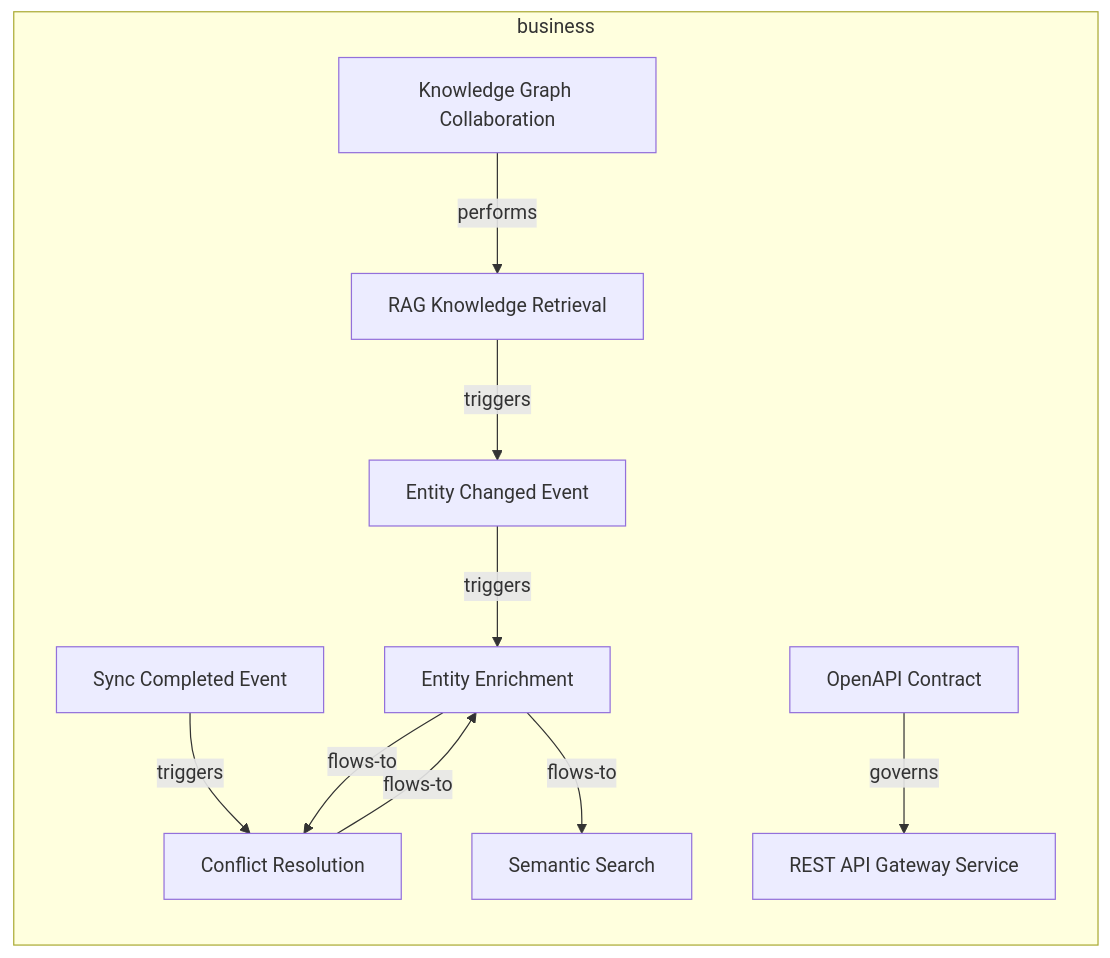
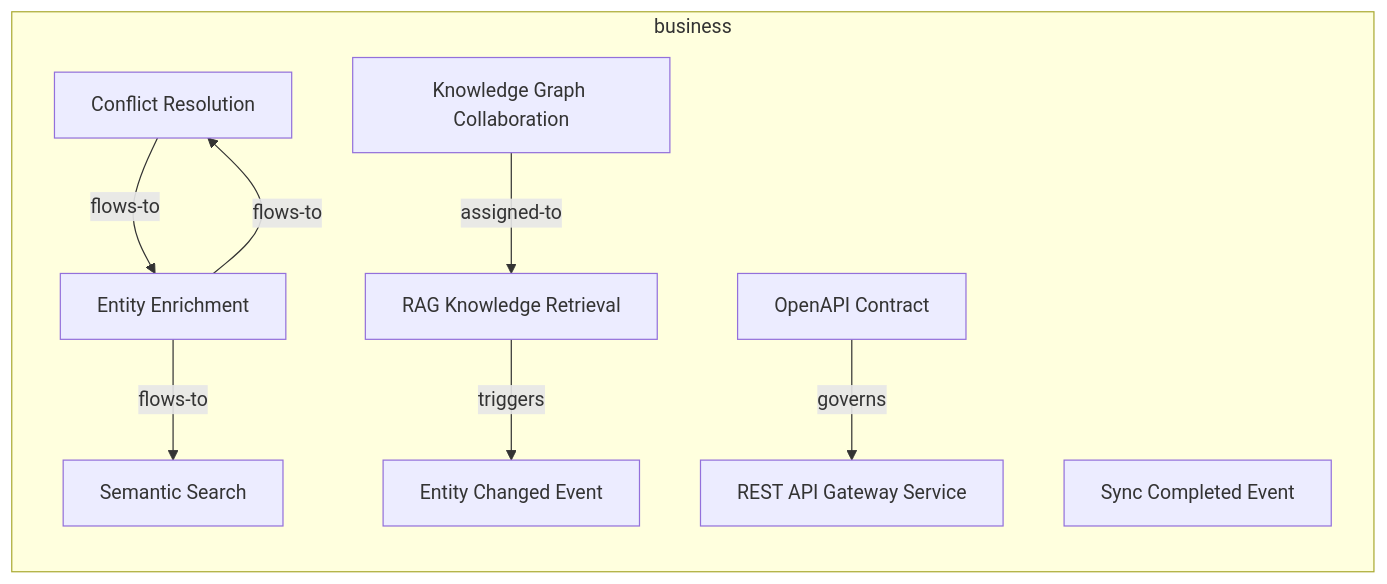
The first of 2 diagrams in documentation-robotics/reports/02-business-layer-report.md (tinkermonkey/context-studio), drawn with Mermaid before and after one commit. The commit also changed other lines of this file and 21 other files, not shown here.

````diff
--- a/documentation-robotics/reports/02-business-layer-report.md
+++ b/documentation-robotics/reports/02-business-layer-report.md
@@ -29,22 +31,20 @@
 ```mermaid
 flowchart LR
   subgraph business
     business_businesscollaboration_knowledge_graph_collaboration["Knowledge Graph Collaboration"]
     business_businessevent_entity_changed_event["Entity Changed Event"]
     business_businessevent_sync_completed_event["Sync Completed Event"]
     business_businessfunction_conflict_resolution["Conflict Resolution"]
     business_businessfunction_entity_enrichment["Entity Enrichment"]
     business_businessfunction_semantic_search["Semantic Search"]
     business_businessinteraction_rag_knowledge_retrieval["RAG Knowledge Retrieval"]
     business_businessservice_rest_api_gateway_service["REST API Gateway Service"]
     business_contract_open_api_contract["OpenAPI Contract"]
-    business_businesscollaboration_knowledge_graph_collaboration -->|performs| business_businessinteraction_rag_knowledge_retrieval
-    business_businessevent_entity_changed_event -->|triggers| business_businessfunction_entity_enrichment
-    business_businessevent_sync_completed_event -->|triggers| business_businessfunction_conflict_resolution
+    business_businesscollaboration_knowledge_graph_collaboration -->|assigned-to| business_businessinteraction_rag_knowledge_retrieval
     business_businessfunction_conflict_resolution -->|flows-to| business_businessfunction_entity_enrichment
     business_businessfunction_entity_enrichment -->|flows-to| business_businessfunction_conflict_resolution
     business_businessfunction_entity_enrichment -->|flows-to| business_businessfunction_semantic_search
     business_businessinteraction_rag_knowledge_retrieval -->|triggers| business_businessevent_entity_changed_event
     business_contract_open_api_contract -->|governs| business_businessservice_rest_api_gateway_service
   end
 ```
````
